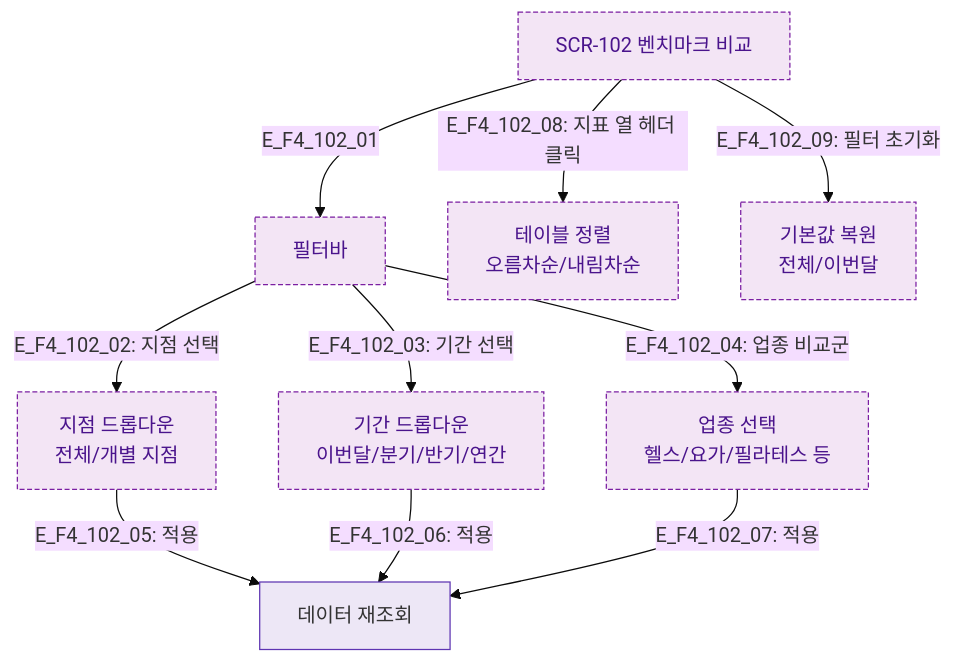
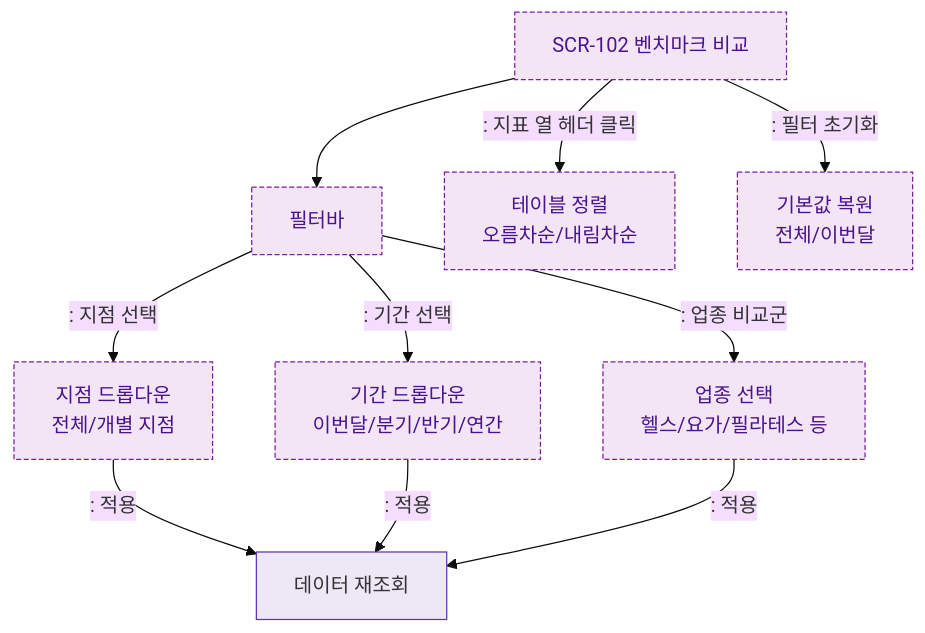
Before and after one commit to dev-spogym/admin-pando: the diagram in docs/다이어그램/D10_본사관리/SCR-102_벤치마크비교/F4_필터검색정렬.md, drawn with Mermaid (base theme). The commit also changed other lines of this file and 1660 other files, not shown here.

First line of the commit message:
다이어그램: 기획자/클라이언트 납품본으로 정리

````diff
--- a/docs/다이어그램/D10_본사관리/SCR-102_벤치마크비교/F4_필터검색정렬.md
+++ b/docs/다이어그램/D10_본사관리/SCR-102_벤치마크비교/F4_필터검색정렬.md
@@ -14,23 +12,23 @@
 ```mermaid
 flowchart TD
     SCR102[SCR-102 벤치마크 비교]
 
-    SCR102 -->|E_F4_102_01| FilterBar[필터바]
-    FilterBar -->|"E_F4_102_02: 지점 선택"| BranchFilter[지점 드롭다운\n전체/개별 지점]
-    FilterBar -->|"E_F4_102_03: 기간 선택"| PeriodFilter[기간 드롭다운\n이번달/분기/반기/연간]
-    FilterBar -->|"E_F4_102_04: 업종 비교군"| IndustryFilter[업종 선택\n헬스/요가/필라테스 등]
+    SCR102 --> FilterBar[필터바]
+    FilterBar -->|": 지점 선택"|BranchFilter[지점 드롭다운\n전체/개별 지점]
+    FilterBar -->|": 기간 선택"|PeriodFilter[기간 드롭다운\n이번달/분기/반기/연간]
+    FilterBar -->|": 업종 비교군"|IndustryFilter[업종 선택\n헬스/요가/필라테스 등]
 
-    BranchFilter -->|"E_F4_102_05: 적용"| Reload[데이터 재조회]
-    PeriodFilter -->|"E_F4_102_06: 적용"| Reload
-    IndustryFilter -->|"E_F4_102_07: 적용"| Reload
+    BranchFilter -->|": 적용"|Reload[데이터 재조회]
+    PeriodFilter -->|": 적용"|Reload
+    IndustryFilter -->|": 적용"|Reload
 
-    SCR102 -->|"E_F4_102_08: 지표 열 헤더 클릭"| SortTable[테이블 정렬\n오름차순/내림차순]
-    SCR102 -->|"E_F4_102_09: 필터 초기화"| ResetFilter[기본값 복원\n전체/이번달]
+    SCR102 -->|": 지표 열 헤더 클릭"|SortTable[테이블 정렬\n오름차순/내림차순]
+    SCR102 -->|": 필터 초기화"|ResetFilter[기본값 복원\n전체/이번달]
 
     classDef screen fill:#E3F2FD,stroke:#1976D2,color:#0D47A1
     classDef newFeature fill:#F3E5F5,stroke:#7B1FA2,color:#4A148C,stroke-dasharray:4 2
     classDef system fill:#EDE7F6,stroke:#5E35B2
     class SCR102 newFeature
     class FilterBar,BranchFilter,PeriodFilter,IndustryFilter,SortTable,ResetFilter newFeature
     class Reload system
 ```
````
